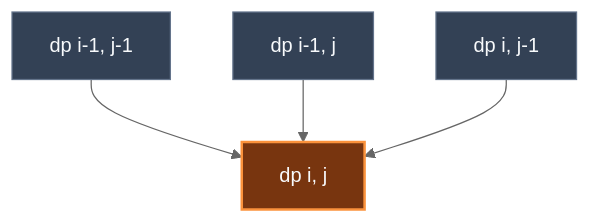
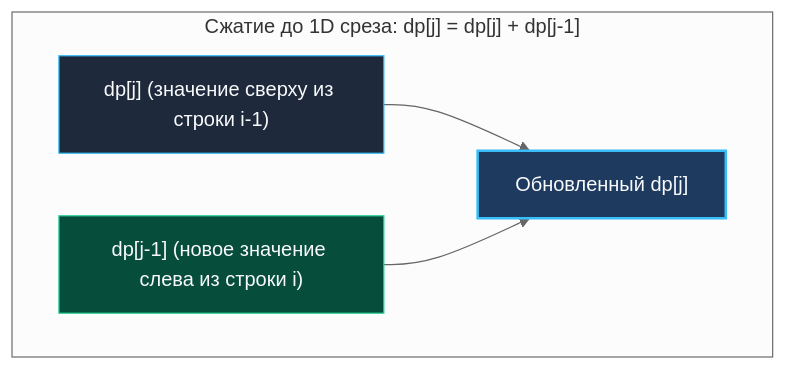
Before and after one commit to UnrealTemplier/go-textbook-ru: the third of 3 diagrams in sources/21. Задачи с LeetCode и собеседований на Go/02. Задачи/19. Динамическое программирование 2D/1. Теория. Динамическое программирование 2D.md, drawn with Mermaid (neutral theme). The commit also changed other lines of this file and 52 other files, not shown here.

````diff
--- a/sources/21. Задачи с LeetCode и собеседований на Go/02. Задачи/19. Динамическое программирование 2D/1. Теория. Динамическое программирование 2D.md
+++ b/sources/21. Задачи с LeetCode и собеседований на Go/02. Задачи/19. Динамическое программирование 2D/1. Теория. Динамическое программирование 2D.md
@@ -15,11 +102,14 @@
 ```mermaid
 flowchart TD
-    A["dp i-1, j-1"] --> D["dp i, j"]
-    B["dp i-1, j"] --> D
-    C["dp i, j-1"] --> D
-    
-    style D fill:#78350f,stroke:#fb923c,stroke-width:2px,color:#f8fafc
-    style A fill:#334155,stroke:#64748b,color:#f8fafc
-    style B fill:#334155,stroke:#64748b,color:#f8fafc
-    style C fill:#334155,stroke:#64748b,color:#f8fafc
+    classDef process  fill:#1e293b,stroke:#38bdf8,stroke-width:1px,color:#f8fafc
+    classDef success  fill:#064e3b,stroke:#34d399,stroke-width:1px,color:#f8fafc
+    classDef warning  fill:#78350f,stroke:#fbbf24,stroke-width:1px,color:#f8fafc
+    classDef entry    fill:#1e3a5f,stroke:#38bdf8,stroke-width:2px,color:#f8fafc
+
+    subgraph Rolling["Сжатие до 1D среза: dp[j] = dp[j] + dp[j-1]"]
+        OldVal["dp[j] (значение сверху из строки i-1)"]:::process
+        LeftVal["dp[j-1] (новое значение слева из строки i)"]:::success
+        NewVal["Обновленный dp[j]"]:::entry
+        OldVal & LeftVal --> NewVal
+    end
 ```
````
